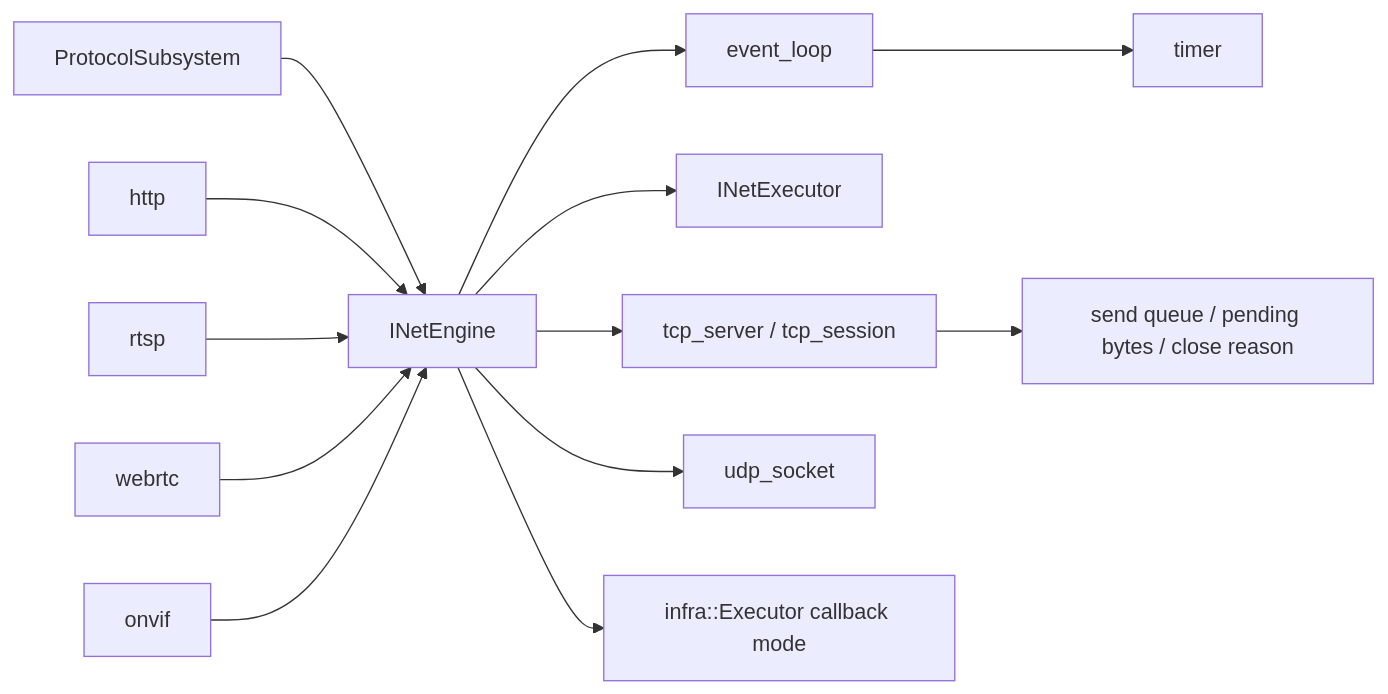
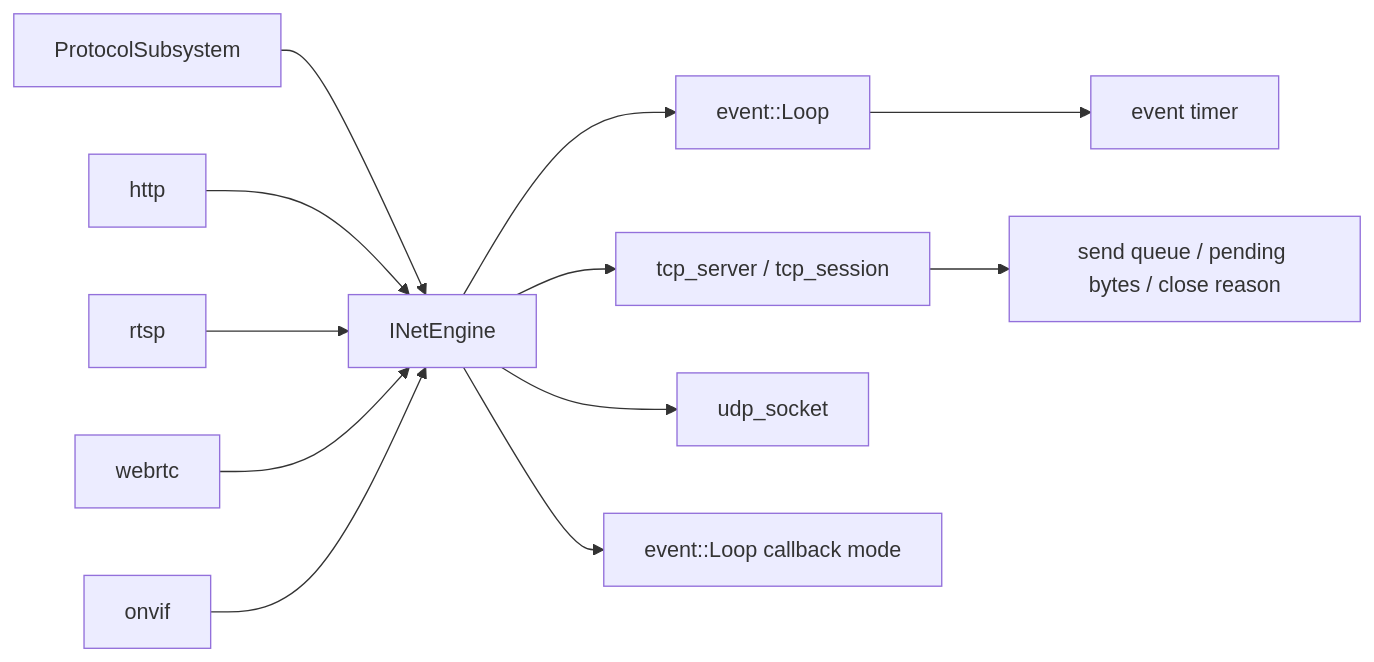
The diagram in docs/libs/net.md (373699756/live_stream), drawn with Mermaid before and after one commit. The commit also changed other lines of this file and 117 other files, not shown here.

Commit message:
refactor: unify event config and net runtime APIs

````diff
--- a/docs/libs/net.md
+++ b/docs/libs/net.md
@@ -15,15 +16,14 @@
 ```mermaid
 flowchart LR
   Protocol[ProtocolSubsystem] --> Net[INetEngine]
-  Net --> Loop[event_loop]
-  Loop --> Timer[timer]
-  Net --> NetExec[INetExecutor]
+  Net --> Loop[event::Loop]
+  Loop --> Timer[event timer]
   Net --> TCP[tcp_server / tcp_session]
   Net --> UDP[udp_socket]
   TCP --> Queue[send queue / pending bytes / close reason]
-  Net --> CallbackExec[infra::Executor callback mode]
+  Net --> CallbackLoop[event::Loop callback mode]
   HTTP[http] --> Net
   RTSP[rtsp] --> Net
   WebRTC[webrtc] --> Net
   ONVIF[onvif] --> Net
 ```
````
